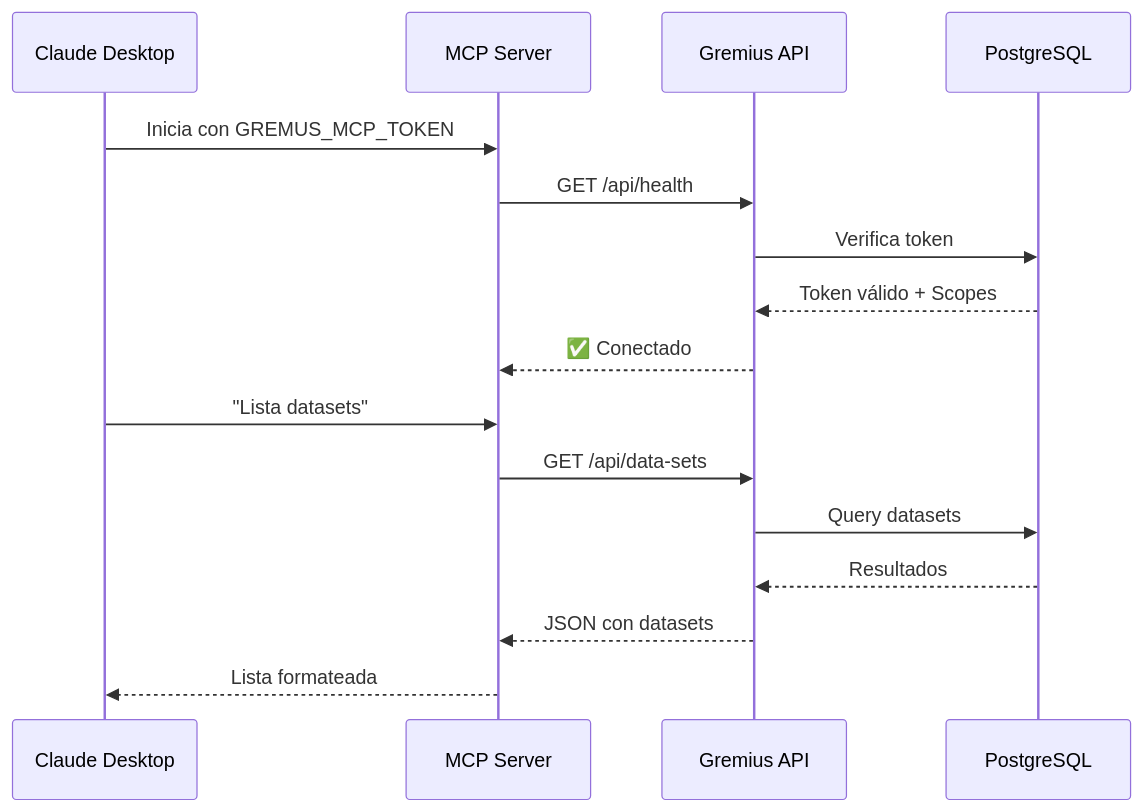
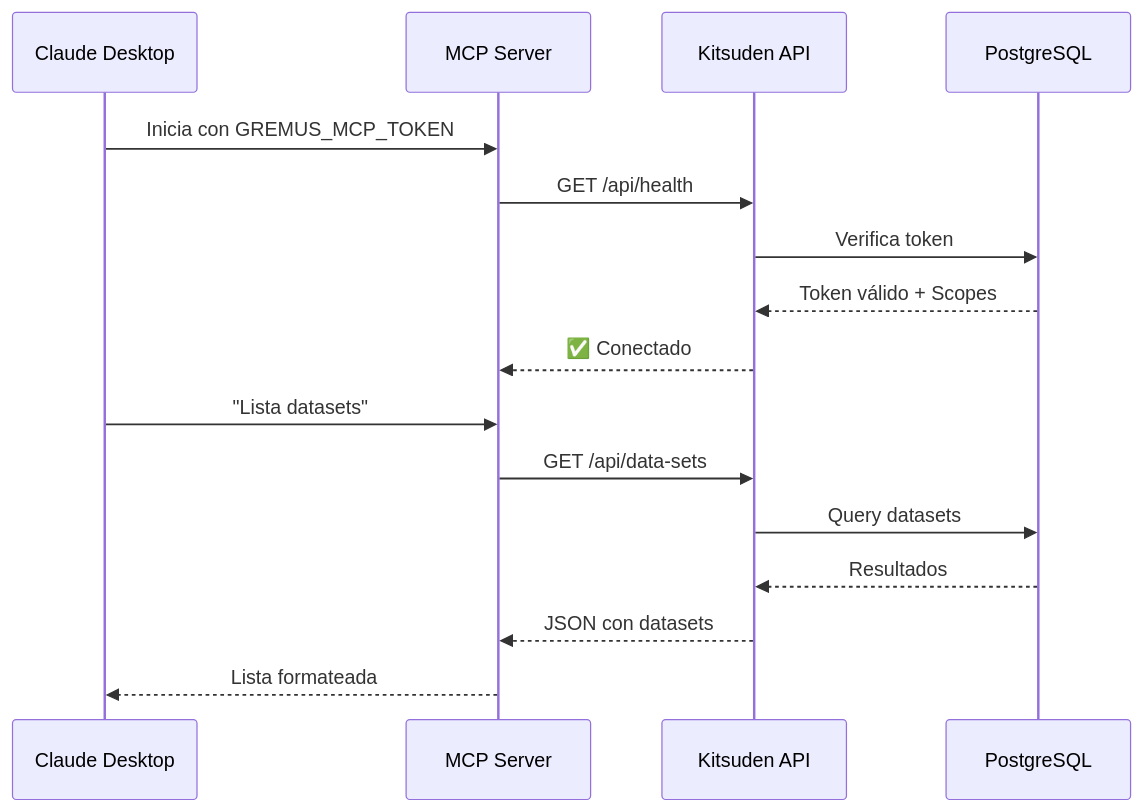
Before and after one commit to Victor-Antinori-Broce/Pylon: the diagram in docs/internal/MCP_SETUP_GUIDE.md, drawn with Mermaid. The commit also changed other lines of this file and 1308 other files, not shown here.

````diff
--- a/docs/internal/MCP_SETUP_GUIDE.md
+++ b/docs/internal/MCP_SETUP_GUIDE.md
@@ -285,20 +285,20 @@
 ```mermaid
 sequenceDiagram
     participant CD as Claude Desktop
     participant MCP as MCP Server
-    participant API as Gremius API
+    participant API as Kitsuden API
     participant DB as PostgreSQL
 
     CD->>MCP: Inicia con GREMUS_MCP_TOKEN
     MCP->>API: GET /api/health
     API->>DB: Verifica token
     DB-->>API: Token válido + Scopes
     API-->>MCP: ✅ Conectado
 
     CD->>MCP: "Lista datasets"
     MCP->>API: GET /api/data-sets
     API->>DB: Query datasets
     DB-->>API: Resultados
     API-->>MCP: JSON con datasets
     MCP-->>CD: Lista formateada
 ```
````
